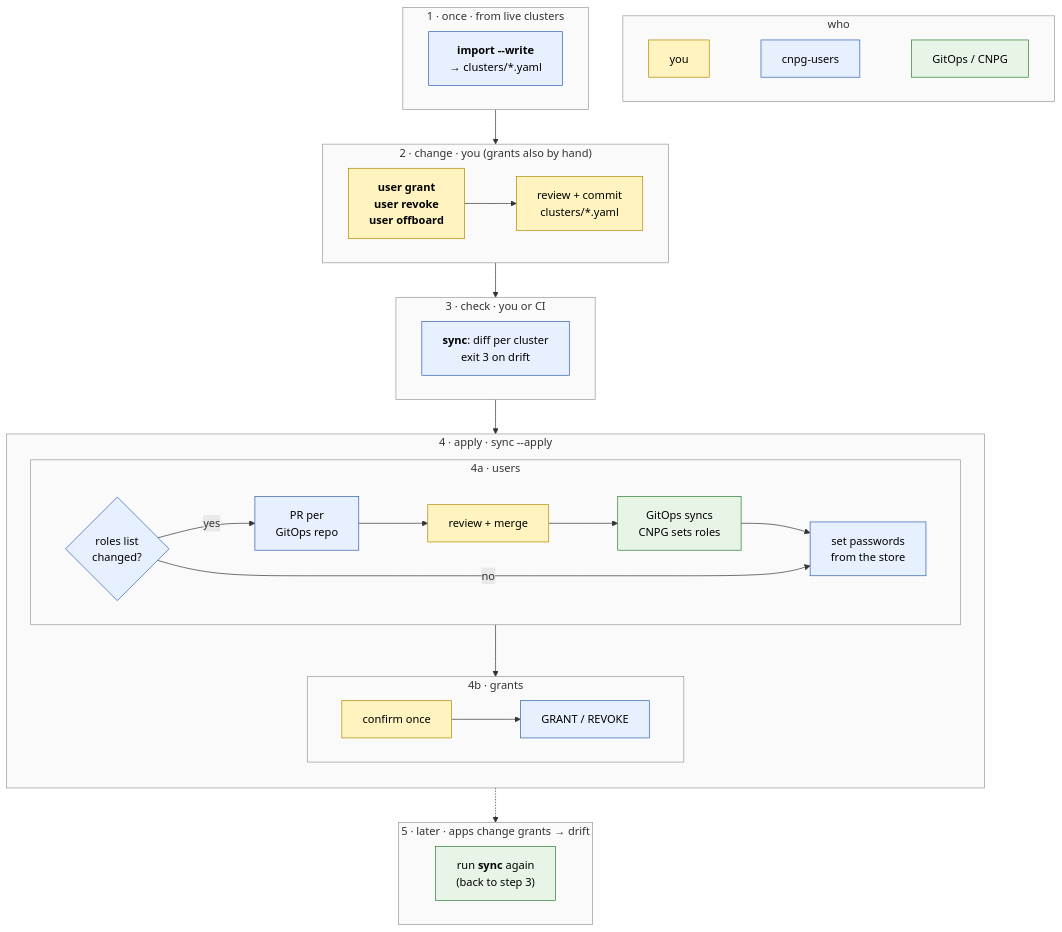
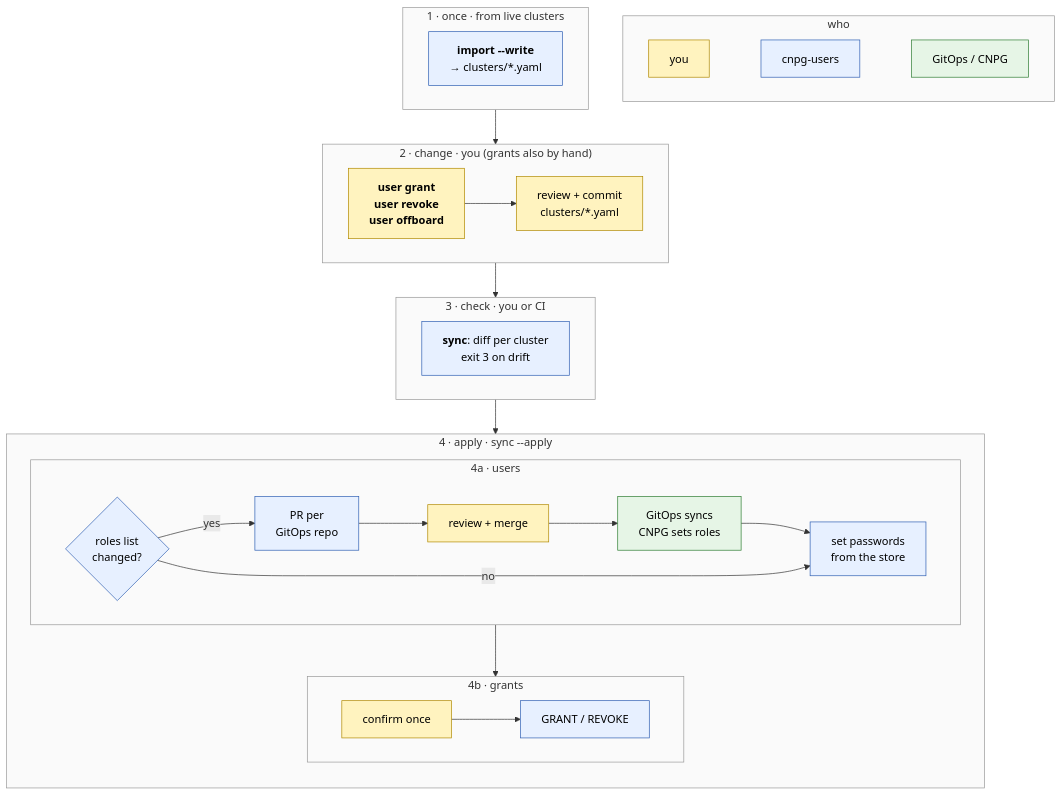
One commit to caseycs/cnpg-users-grants changed the diagram in README.md. Above: the diagram before and after it, drawn with Mermaid.

Commit message:
Remove subgraph related to change grants (#14)

````diff
--- a/README.md
+++ b/README.md
@@ -17,50 +17,45 @@
 ```mermaid
 flowchart TB
   classDef person fill:#fff3bf,stroke:#b08900,color:#000
   classDef tool fill:#e7f0ff,stroke:#2f5fb3,color:#000
   classDef ext fill:#e6f5e6,stroke:#2e7d32,color:#000
   classDef stage fill:#fafafa,stroke:#999,color:#333
 
   subgraph legend["who"]
     direction LR
     l1["you"]:::person ~~~ l2["cnpg-users"]:::tool ~~~ l3["GitOps / CNPG"]:::ext
   end
 
   subgraph s1["1 · once · from live clusters"]
     direction LR
     import["<b>import --write</b><br/>→ clusters/*.yaml"]:::tool
   end
 
   subgraph s2["2 · change · you (grants also by hand)"]
     direction LR
     edit["<b>user grant</b><br/><b>user revoke</b><br/><b>user offboard</b>"]:::person --> commit["review + commit<br/>clusters/*.yaml"]:::person
   end
 
   subgraph s3["3 · check · you or CI"]
     direction LR
     sync["<b>sync</b>: diff per cluster<br/>exit 3 on drift"]:::tool
   end
 
   subgraph s4["4 · apply · sync --apply"]
     direction TB
     subgraph u["4a · users"]
       direction LR
       q{"roles list<br/>changed?"}:::tool
       q -- yes --> pr["PR per<br/>GitOps repo"]:::tool --> merge["review + merge"]:::person --> cnpg["GitOps syncs<br/>CNPG sets roles"]:::ext --> pw["set passwords<br/>from the store"]:::tool
       q -- no --> pw
     end
     subgraph g["4b · grants"]
       direction LR
       ok["confirm once"]:::person --> sql["GRANT / REVOKE"]:::tool
     end
     u --> g
   end
 
-  subgraph s5["5 · later · apps change grants → drift"]
-    direction LR
-    again["run <b>sync</b> again<br/>(back to step 3)"]:::ext
-  end
-
-  s1 --> s2 --> s3 --> s4 -.-> s5
-  class s1,s2,s3,s4,s5,u,g,legend stage
+  s1 --> s2 --> s3 --> s4
+  class s1,s2,s3,s4,u,g,legend stage
 ```
````
